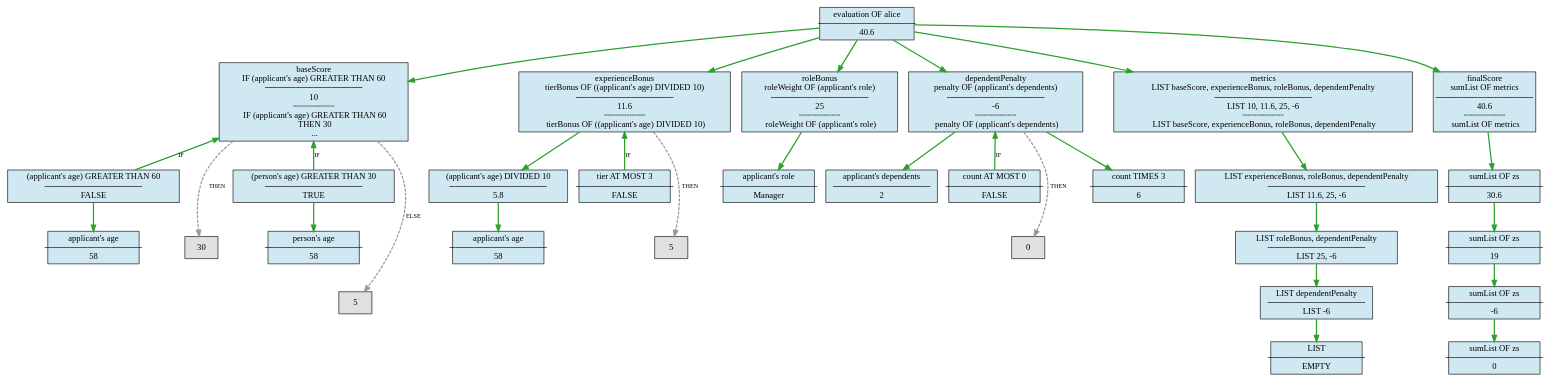
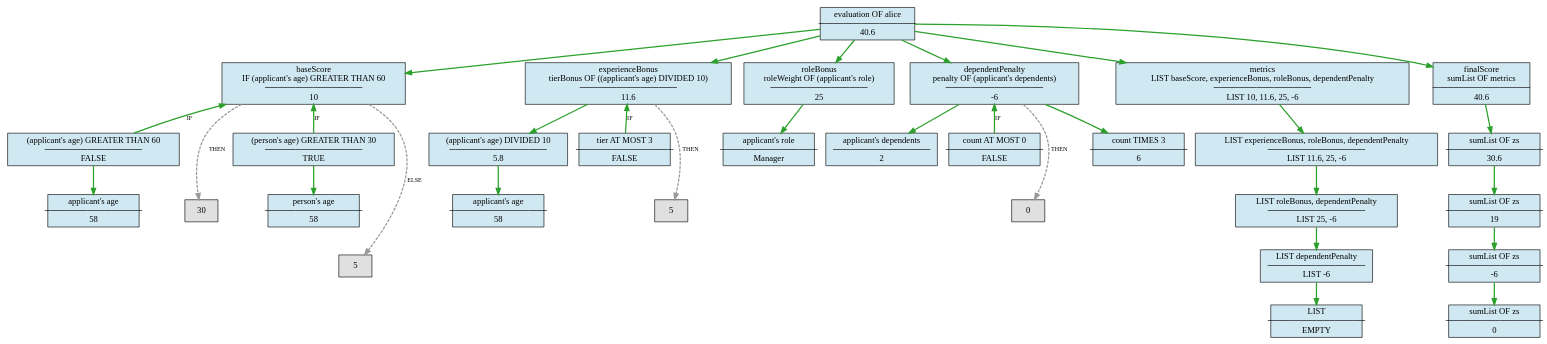
One commit to smucclaw/l4-ide changed the diagram in doc/images/trace-showcase-eval1.dot. Above: the diagram before and after it, drawn with Graphviz. The commit also changed 4 other files, not shown here.

```diff
--- a/doc/images/trace-showcase-eval1.dot
+++ b/doc/images/trace-showcase-eval1.dot
@@ -4,7 +4,7 @@
     0 [label="evaluation OF alice\n────────────────\n40.6"
       ,fillcolor="#d0e8f2"
       ,style=filled];
-    2 [label="baseScore\nIF (applicant's age) GREATER THAN 60\n────────────────\n10\n┄┄┄┄┄┄┄┄\n  IF (applicant's age) GREATER THAN 60\n  THEN 30\n  ..."
+    2 [label="baseScore\nIF (applicant's age) GREATER THAN 60\n────────────────\n10"
       ,fillcolor="#d0e8f2"
       ,style=filled];
     3 [label="(applicant's age) GREATER THAN 60\n────────────────\nFALSE"
@@ -25,7 +25,7 @@
     11 [label=5
        ,fillcolor="#e0e0e0"
        ,style=filled];
-    12 [label="experienceBonus\ntierBonus OF ((applicant's age) DIVIDED 10)\n────────────────\n11.6\n┄┄┄┄┄┄┄┄\n  tierBonus OF ((applicant's age) DIVIDED 10)"
+    12 [label="experienceBonus\ntierBonus OF ((applicant's age) DIVIDED 10)\n────────────────\n11.6"
        ,fillcolor="#d0e8f2"
        ,style=filled];
     13 [label="(applicant's age) DIVIDED 10\n────────────────\n5.8"
@@ -40,13 +40,13 @@
     18 [label=5
        ,fillcolor="#e0e0e0"
        ,style=filled];
-    19 [label="roleBonus\nroleWeight OF (applicant's role)\n────────────────\n25\n┄┄┄┄┄┄┄┄\n  roleWeight OF (applicant's role)"
+    19 [label="roleBonus\nroleWeight OF (applicant's role)\n────────────────\n25"
        ,fillcolor="#d0e8f2"
        ,style=filled];
     20 [label="applicant's role\n────────────────\nManager"
        ,fillcolor="#d0e8f2"
        ,style=filled];
-    23 [label="dependentPenalty\npenalty OF (applicant's dependents)\n────────────────\n-6\n┄┄┄┄┄┄┄┄\n  penalty OF (applicant's dependents)"
+    23 [label="dependentPenalty\npenalty OF (applicant's dependents)\n────────────────\n-6"
        ,fillcolor="#d0e8f2"
        ,style=filled];
     24 [label="applicant's dependents\n────────────────\n2"
@@ -61,7 +61,7 @@
     29 [label="count TIMES 3\n────────────────\n6"
        ,fillcolor="#d0e8f2"
        ,style=filled];
-    30 [label="metrics\nLIST baseScore, experienceBonus, roleBonus, dependentPenalty\n────────────────\nLIST 10, 11.6, 25, -6\n┄┄┄┄┄┄┄┄\n  LIST baseScore, experienceBonus, roleBonus, dependentPenalty"
+    30 [label="metrics\nLIST baseScore, experienceBonus, roleBonus, dependentPenalty\n────────────────\nLIST 10, 11.6, 25, -6"
        ,fillcolor="#d0e8f2"
        ,style=filled];
     31 [label="LIST experienceBonus, roleBonus, dependentPenalty\n────────────────\nLIST 11.6, 25, -6"
@@ -76,7 +76,7 @@
     34 [label="LIST \n────────────────\nEMPTY"
        ,fillcolor="#d0e8f2"
        ,style=filled];
-    35 [label="finalScore\nsumList OF metrics\n────────────────\n40.6\n┄┄┄┄┄┄┄┄\n  sumList OF metrics"
+    35 [label="finalScore\nsumList OF metrics\n────────────────\n40.6"
        ,fillcolor="#d0e8f2"
        ,style=filled];
     37 [label="sumList OF zs\n────────────────\n30.6"
```
